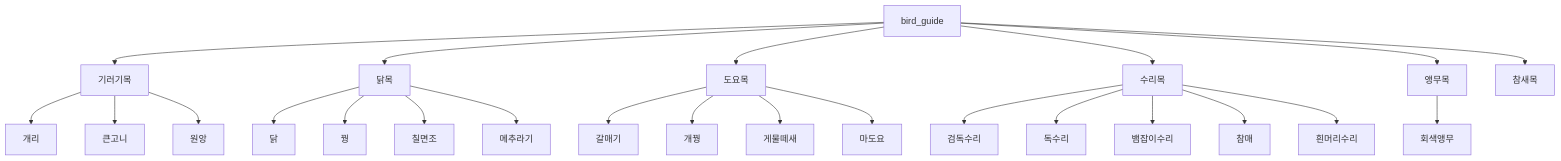
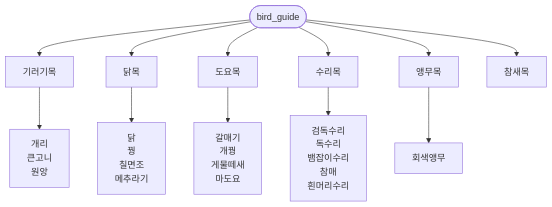
The diagram in README.md (nahcub/bird_guide), drawn with Mermaid before and after one commit.

Commit message:
memaid fix

````diff
--- a/README.md
+++ b/README.md
@@ -6,17 +6,11 @@
 ```mermaid
 flowchart TD
-    R["bird_guide"]
+    R(["bird_guide"])
 
-    R --> A["기러기목"]
-    R --> B["닭목"]
-    R --> C["도요목"]
-    R --> D["수리목"]
-    R --> E["앵무목"]
+    R --> A["기러기목"] --> A1["개리<br/>큰고니<br/>원앙"]
+    R --> B["닭목"] --> B1["닭<br/>꿩<br/>칠면조<br/>메추라기"]
+    R --> C["도요목"] --> C1["갈매기<br/>개꿩<br/>게물떼새<br/>마도요"]
+    R --> D["수리목"] --> D1["검독수리<br/>독수리<br/>뱀잡이수리<br/>참매<br/>흰머리수리"]
+    R --> E["앵무목"] --> E1["회색앵무"]
     R --> F["참새목"]
-
-    A --> A1["개리"] & A2["큰고니"] & A3["원앙"]
-    B --> B1["닭"] & B2["꿩"] & B3["칠면조"] & B4["메추라기"]
-    C --> C1["갈매기"] & C2["개꿩"] & C3["게물떼새"] & C4["마도요"]
-    D --> D1["검독수리"] & D2["독수리"] & D3["뱀잡이수리"] & D4["참매"] & D5["흰머리수리"]
-    E --> E1["회색앵무"]
 ```
````
